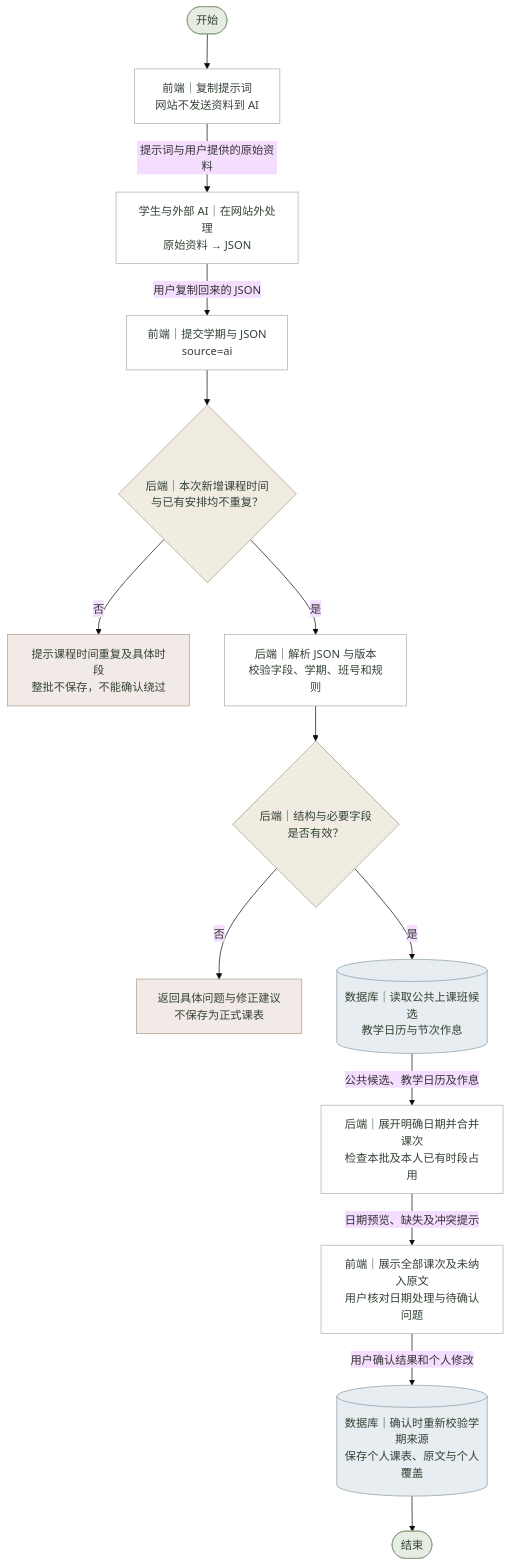
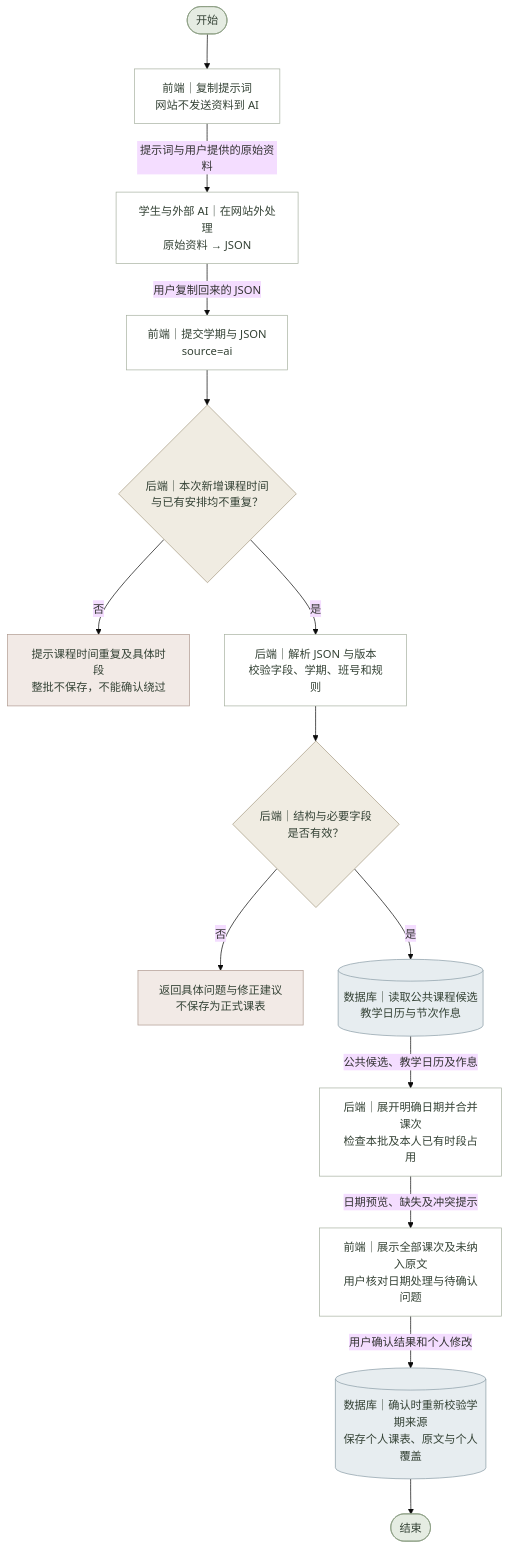
The diagram in 需求文档/课表功能/流程图源文件/系统流程图/外部AI内容导入.mmd (lichen-lc123/class-assistant), drawn with Mermaid (base theme) before and after one commit. The commit also changed 149 other files, not shown here.

```diff
--- a/需求文档/课表功能/流程图源文件/系统流程图/外部AI内容导入.mmd
+++ b/需求文档/课表功能/流程图源文件/系统流程图/外部AI内容导入.mmd
@@ -1,48 +1,48 @@
 %% 外部AI内容导入 · 系统流程图 · V1.0 · 2026-11-02
 flowchart TD
     N0(["开始"])
     N1["前端｜复制提示词<br/>网站不发送资料到 AI"]
     N2["学生与外部 AI｜在网站外处理<br/>原始资料 → JSON"]
     N3["前端｜提交学期与 JSON<br/>source=ai"]
     N4{"后端｜本次新增课程时间<br/>与已有安排均不重复？"}
     B4["提示课程时间重复及具体时段<br/>整批不保存，不能确认绕过"]
     N5["后端｜解析 JSON 与版本<br/>校验字段、学期、班号和规则"]
     N6{"后端｜结构与必要字段<br/>是否有效？"}
     B6["返回具体问题与修正建议<br/>不保存为正式课表"]
-    N7[("数据库｜读取公共上课班候选<br/>教学日历与节次作息")]
+    N7[("数据库｜读取公共课程候选<br/>教学日历与节次作息")]
     N8["后端｜展开明确日期并合并课次<br/>检查本批及本人已有时段占用"]
     N9["前端｜展示全部课次及未纳入原文<br/>用户核对日期处理与待确认问题"]
     N10[("数据库｜确认时重新校验学期来源<br/>保存个人课表、原文与个人覆盖")]
     N11(["结束"])
     N0 --> N1
     N1 -->|提示词与用户提供的原始资料| N2
     N2 -->|用户复制回来的 JSON| N3
     N3 --> N4
     N4 -->|否| B4
     N4 -->|是| N5
     N5 --> N6
     N6 -->|否| B6
     N6 -->|是| N7
     N7 -->|公共候选、教学日历及作息| N8
     N8 -->|日期预览、缺失及冲突提示| N9
     N9 -->|用户确认结果和个人修改| N10
     N10 --> N11
     classDef normal fill:#FFFFFF,stroke:#A8B2A2,color:#344235;
     classDef decision fill:#F0ECE2,stroke:#A69B83,color:#344235;
     classDef terminal fill:#E5ECE2,stroke:#8A9D82,color:#344235;
     classDef exception fill:#F2EAE6,stroke:#B09B91,color:#344235;
     classDef database fill:#E7EDF0,stroke:#8A9CA6,color:#344235;
     class N0 terminal;
     class N1 normal;
     class N2 normal;
     class N3 normal;
     class N4 decision;
     class B4 exception;
     class N5 normal;
     class N6 decision;
     class B6 exception;
     class N7 database;
     class N8 normal;
     class N9 normal;
     class N10 database;
     class N11 terminal;
```
